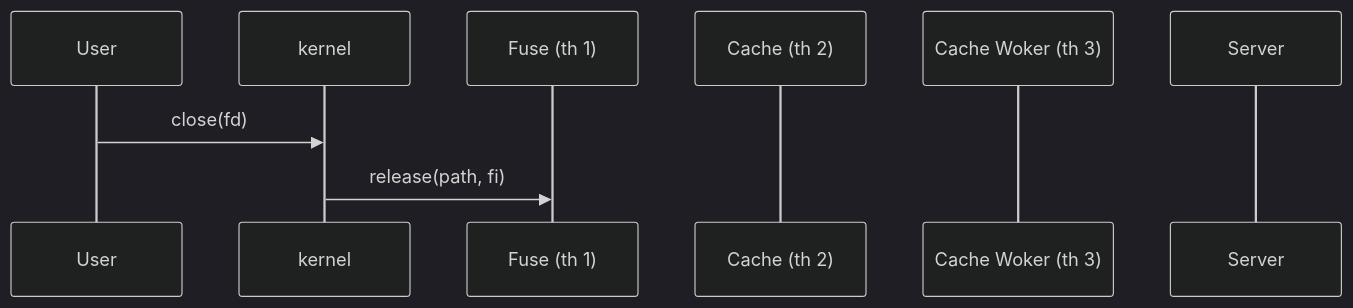
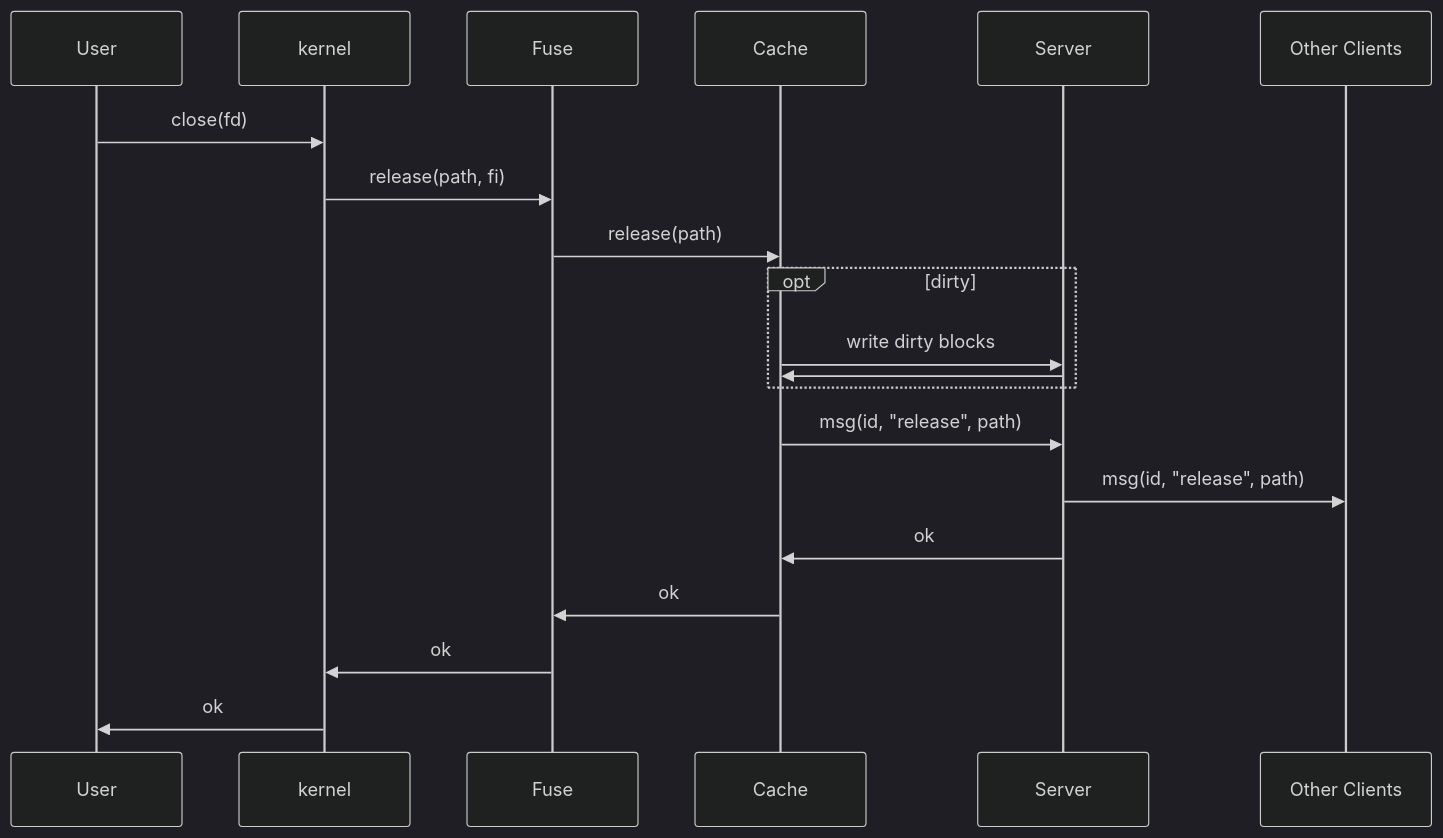
Before and after one commit to wangnangg/NetFS: the fourth of 5 diagrams in fuse.md, drawn with Mermaid (dark theme). The commit also changed other lines of this file and 774 other files, not shown here.

````diff
--- a/fuse.md
+++ b/fuse.md
@@ -197,13 +201,24 @@
 ```mermaid
 sequenceDiagram
     participant U as User
     participant K as kernel
-    participant F as Fuse (th 1)
-    participant C as Cache (th 2)
-    participant CW as Cache Woker (th 3)
+    participant F as Fuse
+    participant C as Cache
     participant S as Server
+    participant CC as Other Clients
     U->>K: close(fd)
     K->>F: release(path, fi)
+    F->>C: release(path)
+    opt dirty
+    C->>S: write dirty blocks
+    S->>C: 
+    end
+    C->>S: msg(id, "release", path)
+    S->>CC: msg(id, "release", path)
+    S->>C: ok
+    C->>F: ok
+    F->>K: ok
+    K->>U: ok
     
     
 ```
````
